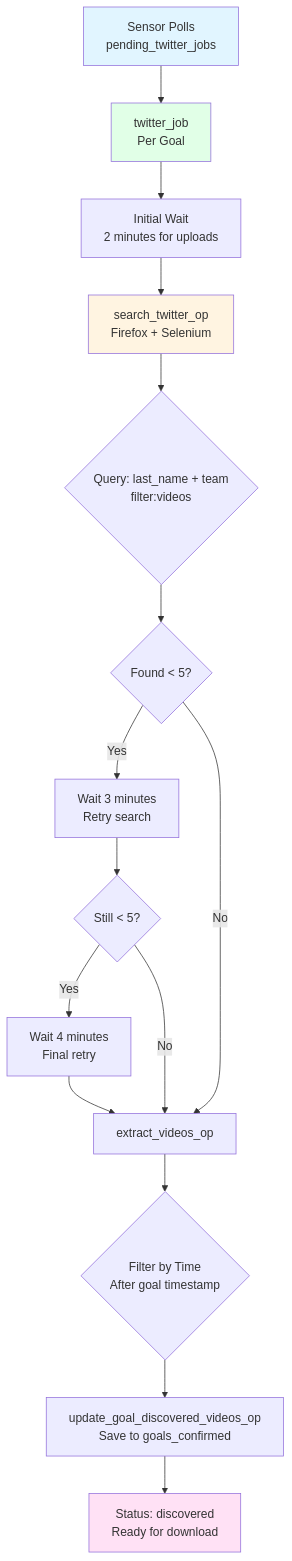
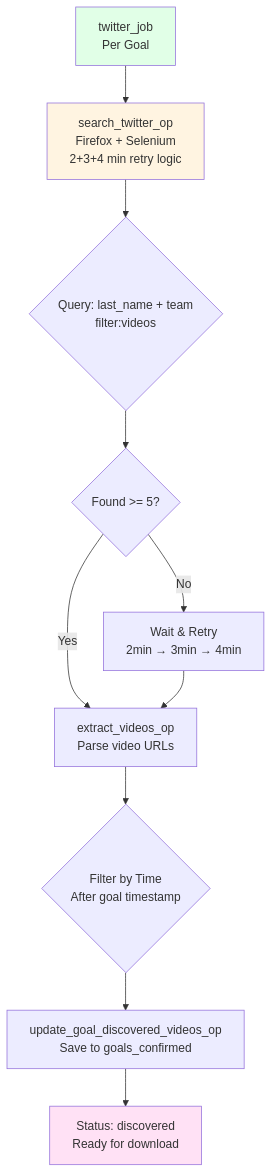
The fifth of 7 diagrams in README.md (vedantadhobley/found-footy), drawn with Mermaid before and after one commit. The commit also changed other lines of this file and 22 other files, not shown here.

````diff
--- a/README.md
+++ b/README.md
@@ -281,22 +284,16 @@
 ```mermaid
 graph TB
-    A[Sensor Polls<br/>pending_twitter_jobs] --> B[twitter_job<br/>Per Goal]
-    B --> B1[Initial Wait<br/>2 minutes for uploads]
-    B1 --> C[search_twitter_op<br/>Firefox + Selenium]
-    C --> D{Query: last_name + team<br/>filter:videos}
-    D --> E{Found < 5?}
-    E -->|Yes| F[Wait 3 minutes<br/>Retry search]
-    F --> G{Still < 5?}
-    G -->|Yes| H[Wait 4 minutes<br/>Final retry]
-    G -->|No| I[extract_videos_op]
-    E -->|No| I
-    H --> I
-    I --> J{Filter by Time<br/>After goal timestamp}
-    J --> K[update_goal_discovered_videos_op<br/>Save to goals_confirmed]
-    K --> L[Status: discovered<br/>Ready for download]
+    A[twitter_job<br/>Per Goal] --> B[search_twitter_op<br/>Firefox + Selenium<br/>2+3+4 min retry logic]
+    B --> C{Query: last_name + team<br/>filter:videos}
+    C --> D{Found >= 5?}
+    D -->|Yes| E[extract_videos_op<br/>Parse video URLs]
+    D -->|No| F[Wait & Retry<br/>2min → 3min → 4min]
+    F --> E
+    E --> G{Filter by Time<br/>After goal timestamp}
+    G --> H[update_goal_discovered_videos_op<br/>Save to goals_confirmed]
+    H --> I[Status: discovered<br/>Ready for download]
     
-    style A fill:#e1f5ff
-    style B fill:#e1ffe7
-    style C fill:#fff4e1
-    style L fill:#ffe1f5
+    style A fill:#e1ffe7
+    style B fill:#fff4e1
+    style I fill:#ffe1f5
 ```
````
